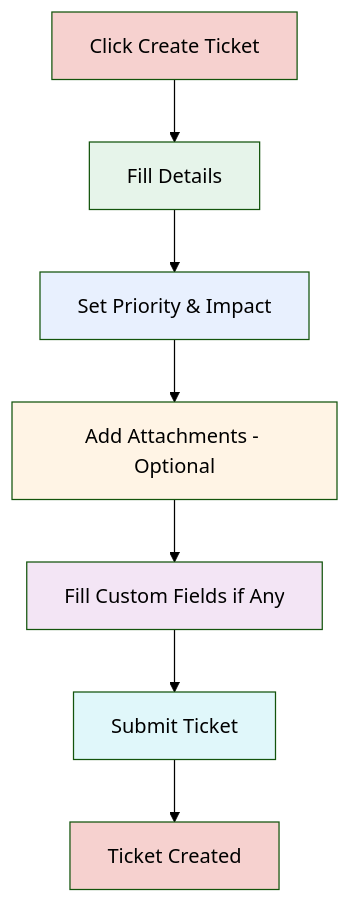
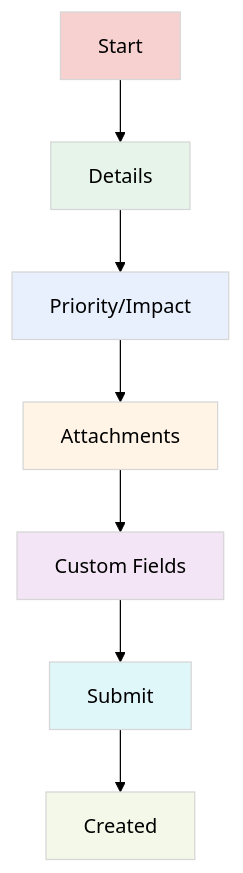
One commit to salmanb74-dev/ntg-ticket changed the first of 7 diagrams in NTG-Ticket-User Guide.md. Above: the diagram before and after it, drawn with Mermaid (forest theme). The commit also changed other lines of this file, not shown here.

Commit message:
Update NTG-Ticket-User Guide.md

````diff
--- a/NTG-Ticket-User Guide.md
+++ b/NTG-Ticket-User Guide.md
@@ -71,16 +71,16 @@
 ```mermaid
 flowchart TD
-    A[Click Create Ticket] --> B[Fill Details]
-    B --> C[Set Priority & Impact]
-    C --> D[Add Attachments - Optional]
-    D --> E[Fill Custom Fields if Any]
-    E --> F[Submit Ticket]
-    F --> G[Ticket Created]
-    style A fill:#F6D1CF
-    style B fill:#E6F4EA
-    style C fill:#E8F0FE
-    style D fill:#FFF4E5
-    style E fill:#F3E5F5
-    style F fill:#E0F7FA
-    style G fill:#F6D1CF
+    A[Start] --> B[Details]
+    B --> C[Priority/Impact]
+    C --> D[Attachments]
+    D --> E[Custom Fields]
+    E --> F[Submit]
+    F --> G[Created]
+    style A fill:#F6D1CF,stroke:#D6D6D6,stroke-width:1px
+    style B fill:#E6F4EA,stroke:#D6D6D6,stroke-width:1px
+    style C fill:#E8F0FE,stroke:#D6D6D6,stroke-width:1px
+    style D fill:#FFF4E5,stroke:#D6D6D6,stroke-width:1px
+    style E fill:#F3E5F5,stroke:#D6D6D6,stroke-width:1px
+    style F fill:#E0F7FA,stroke:#D6D6D6,stroke-width:1px
+    style G fill:#F4F8E8,stroke:#D6D6D6,stroke-width:1px
 ```
````
